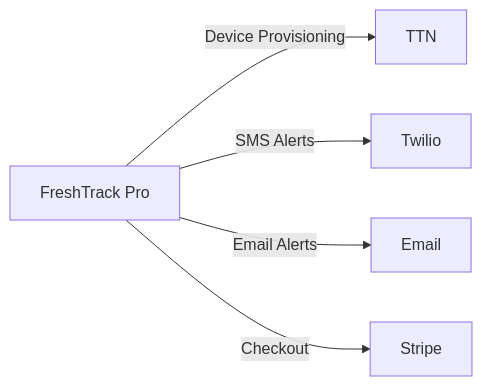
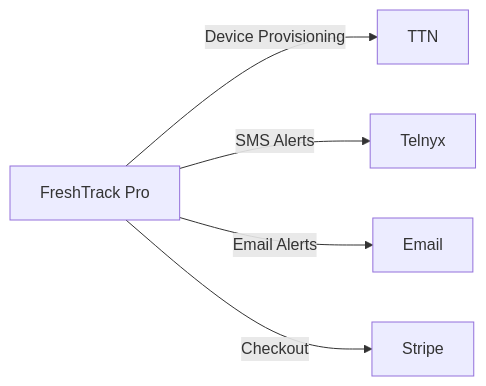
The third of 4 diagrams in docs/diagrams/SYSTEM_CONTEXT.md (getdatasurge/freshtrack-pro), drawn with Mermaid before and after one commit. The commit also changed other lines of this file and 16 other files, not shown here.

````diff
--- a/docs/diagrams/SYSTEM_CONTEXT.md
+++ b/docs/diagrams/SYSTEM_CONTEXT.md
@@ -90,7 +90,7 @@
 ```mermaid
 flowchart LR
     F[FreshTrack Pro] -->|Device Provisioning| T[TTN]
-    F -->|SMS Alerts| TW[Twilio]
+    F -->|SMS Alerts| TW[Telnyx]
     F -->|Email Alerts| E[Email]
     F -->|Checkout| ST[Stripe]
 ```
````
